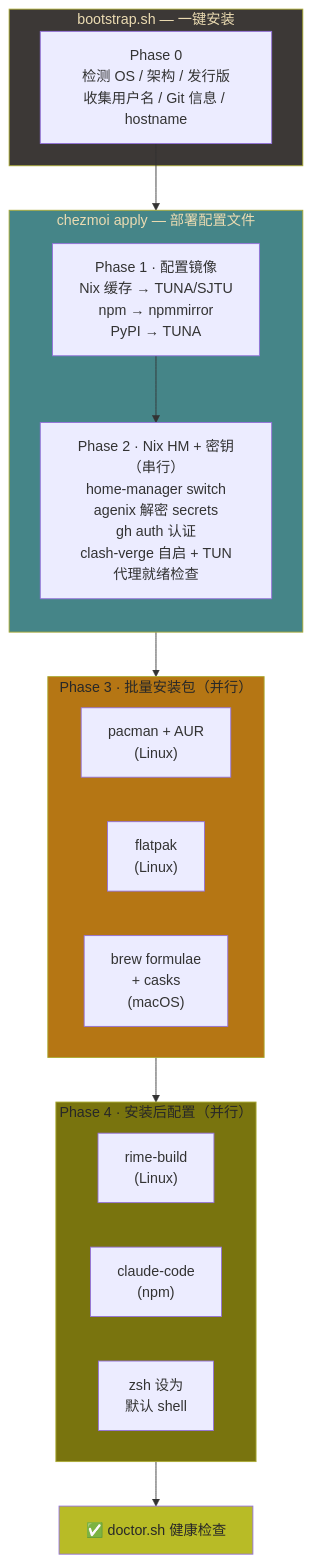
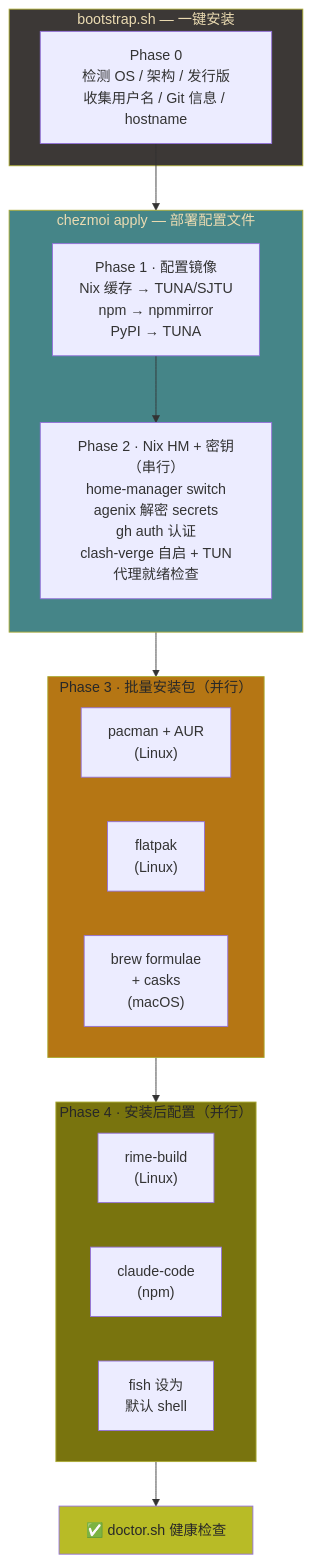
The second of 8 diagrams in README.md (viryoke/dotfiles), drawn with Mermaid before and after one commit. The commit also changed other lines of this file and 30 other files, not shown here.

````diff
--- a/README.md
+++ b/README.md
@@ -72,38 +72,38 @@
 ```mermaid
 flowchart TB
     subgraph bootstrap["bootstrap.sh — 一键安装"]
         P0["Phase 0<br/>检测 OS / 架构 / 发行版<br/>收集用户名 / Git 信息 / hostname"]
     end
 
     subgraph chezmoi_apply["chezmoi apply — 部署配置文件"]
         direction TB
         P1["Phase 1 · 配置镜像<br/>Nix 缓存 → TUNA/SJTU<br/>npm → npmmirror<br/>PyPI → TUNA"]
         P2["Phase 2 · Nix HM + 密钥（串行）<br/>home-manager switch<br/>agenix 解密 secrets<br/>gh auth 认证<br/>clash-verge 自启 + TUN<br/>代理就绪检查"]
         P1 --> P2
     end
 
     subgraph packages["Phase 3 · 批量安装包（并行）"]
         direction LR
         P3A["pacman + AUR<br/>(Linux)"]
         P3B["flatpak<br/>(Linux)"]
         P3C["brew formulae<br/>+ casks<br/>(macOS)"]
     end
 
     subgraph postinstall["Phase 4 · 安装后配置（并行）"]
         direction LR
         P4A["rime-build<br/>(Linux)"]
         P4B["claude-code<br/>(npm)"]
-        P4C["zsh 设为<br/>默认 shell"]
+        P4C["fish 设为<br/>默认 shell"]
     end
 
     P0 --> chezmoi_apply
     chezmoi_apply --> packages
     packages --> postinstall
     postinstall --> DONE["✅ doctor.sh 健康检查"]
 
     style bootstrap fill:#3c3836,color:#ebdbb2
     style chezmoi_apply fill:#458588,color:#ebdbb2
     style packages fill:#b57614,color:#282828
     style postinstall fill:#79740e,color:#282828
     style DONE fill:#b8bb26,color:#282828
 ```
````
